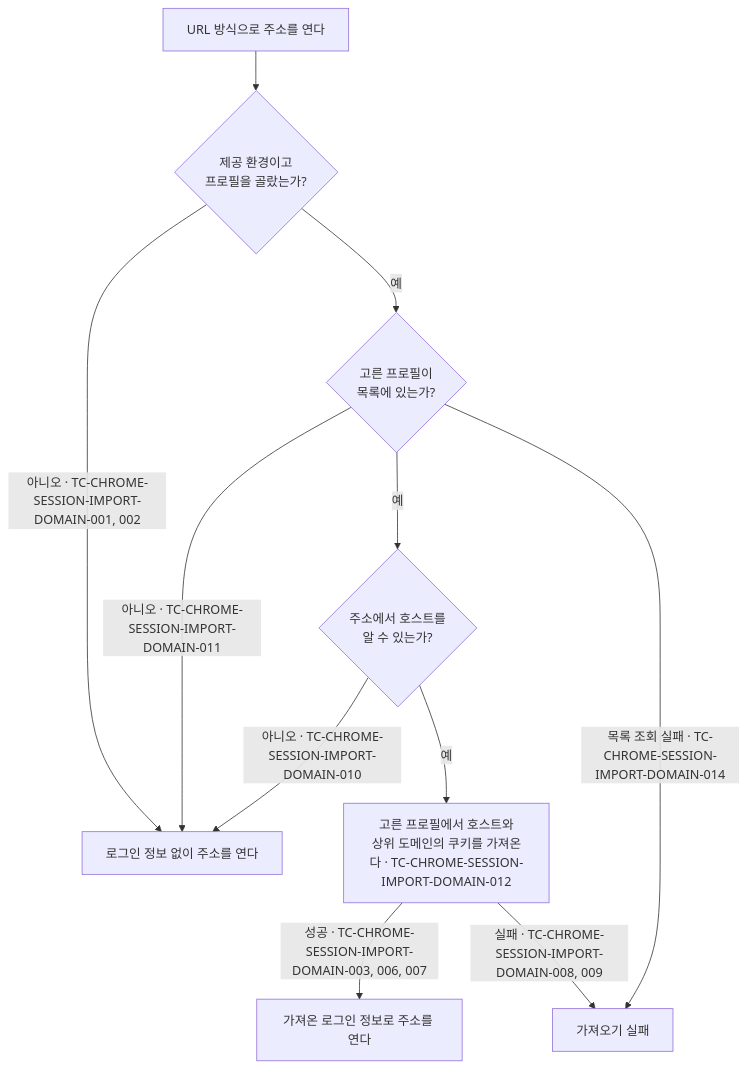
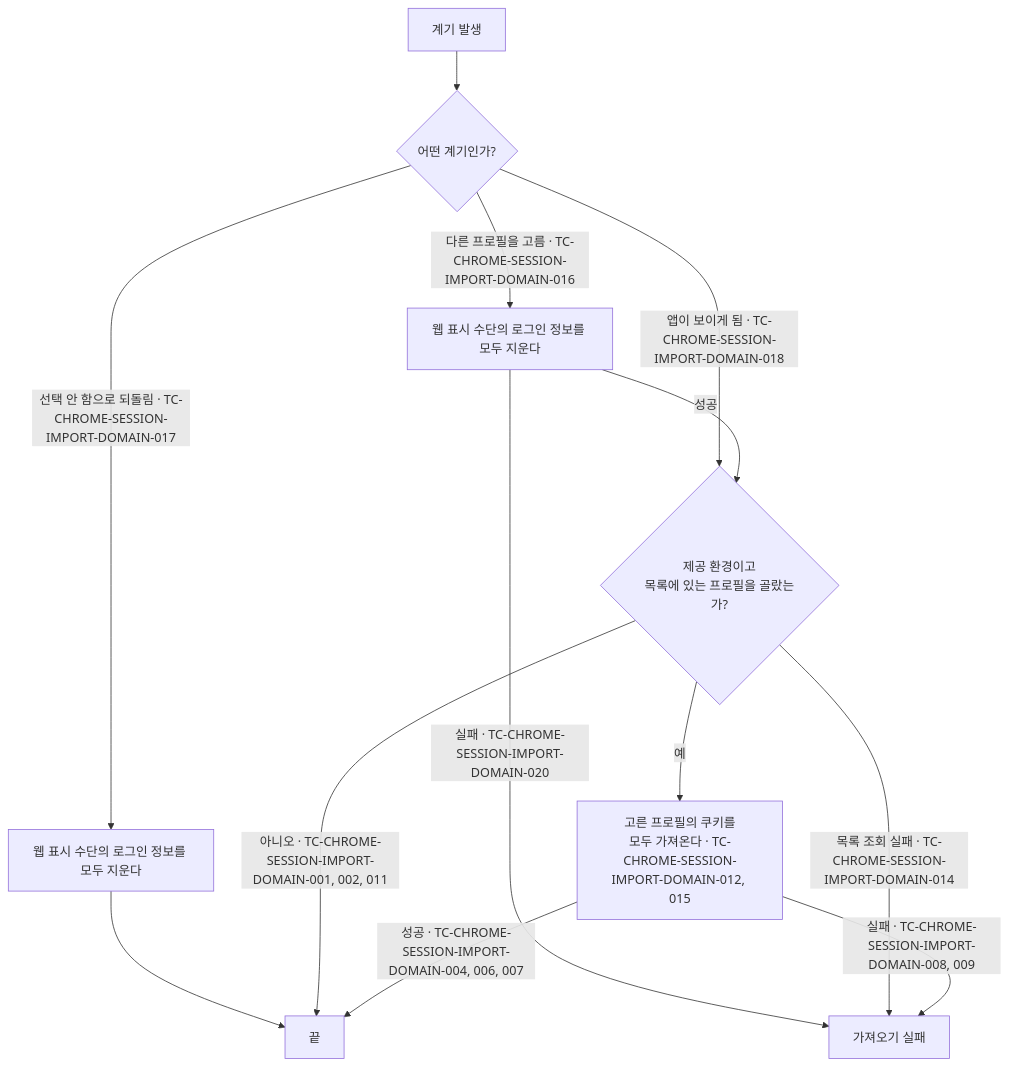
The diagram in docs/testcase/chrome-session-import.md (taetae98coding/DiaryKMP), drawn with Mermaid before and after one commit. The commit also changed other lines of this file and 5 other files, not shown here.

First line of the commit message:
docs: Chrome 로그인 이어받기를 프로필 전체 가져오기로 바꾸는 스펙, 디자인, 테스트 케이스를 고친다

````diff
--- a/docs/testcase/chrome-session-import.md
+++ b/docs/testcase/chrome-session-import.md
@@ -9,13 +9,14 @@
 ```mermaid
 flowchart TD
-    start["URL 방식으로 주소를 연다"] --> supported{"제공 환경이고<br/>프로필을 골랐는가?"}
-    supported -- "아니오 · TC-CHROME-SESSION-IMPORT-DOMAIN-001, 002" --> open["로그인 정보 없이 주소를 연다"]
-    supported -- 예 --> listed{"고른 프로필이<br/>목록에 있는가?"}
-    listed -- "아니오 · TC-CHROME-SESSION-IMPORT-DOMAIN-011" --> open
-    listed -- 예 --> host{"주소에서 호스트를<br/>알 수 있는가?"}
-    host -- "아니오 · TC-CHROME-SESSION-IMPORT-DOMAIN-010" --> open
-    host -- 예 --> import["고른 프로필에서 호스트와<br/>상위 도메인의 쿠키를 가져온다 · TC-CHROME-SESSION-IMPORT-DOMAIN-012"]
-    import -- "성공 · TC-CHROME-SESSION-IMPORT-DOMAIN-003, 006, 007" --> openWith["가져온 로그인 정보로 주소를 연다"]
-    import -- "실패 · TC-CHROME-SESSION-IMPORT-DOMAIN-008, 009" --> fail["가져오기 실패"]
-    listed -- "목록 조회 실패 · TC-CHROME-SESSION-IMPORT-DOMAIN-014" --> fail
+    trigger["계기 발생"] --> which{"어떤 계기인가?"}
+    which -- "앱이 보이게 됨 · TC-CHROME-SESSION-IMPORT-DOMAIN-018" --> selected{"제공 환경이고<br/>목록에 있는 프로필을 골랐는가?"}
+    which -- "다른 프로필을 고름 · TC-CHROME-SESSION-IMPORT-DOMAIN-016" --> clear["웹 표시 수단의 로그인 정보를 모두 지운다"]
+    which -- "선택 안 함으로 되돌림 · TC-CHROME-SESSION-IMPORT-DOMAIN-017" --> clearOnly["웹 표시 수단의 로그인 정보를 모두 지운다"] --> done["끝"]
+    clear -- "성공" --> selected
+    clear -- "실패 · TC-CHROME-SESSION-IMPORT-DOMAIN-020" --> fail["가져오기 실패"]
+    selected -- "아니오 · TC-CHROME-SESSION-IMPORT-DOMAIN-001, 002, 011" --> done
+    selected -- "목록 조회 실패 · TC-CHROME-SESSION-IMPORT-DOMAIN-014" --> fail
+    selected -- 예 --> import["고른 프로필의 쿠키를<br/>모두 가져온다 · TC-CHROME-SESSION-IMPORT-DOMAIN-012, 015"]
+    import -- "성공 · TC-CHROME-SESSION-IMPORT-DOMAIN-004, 006, 007" --> done
+    import -- "실패 · TC-CHROME-SESSION-IMPORT-DOMAIN-008, 009" --> fail
 ```
````
